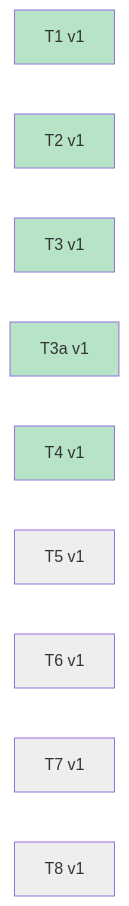
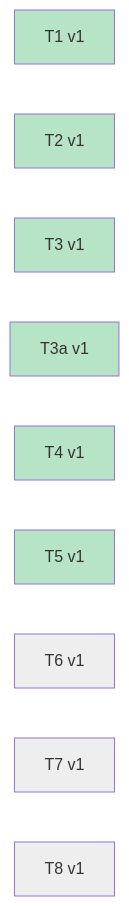
Diagram 51 of 51 in docs/specs/OVERVIEW.md (Curry09/AHE-Beta), drawn with Mermaid before and after one commit. The commit also changed other lines of this file and 3 other files, not shown here.

````diff
--- a/docs/specs/OVERVIEW.md
+++ b/docs/specs/OVERVIEW.md
@@ -1136,23 +1136,23 @@
 ```mermaid
 graph LR
     v_T1_1["T1 v1"]
     v_T2_1["T2 v1"]
     v_T3_1["T3 v1"]
     v_T3a_1["T3a v1"]
     v_T4_1["T4 v1"]
     v_T5_1["T5 v1"]
     v_T6_1["T6 v1"]
     v_T7_1["T7 v1"]
     v_T8_1["T8 v1"]
     classDef st_done fill:#b7e4c7;
     classDef st_pending fill:#eeeeee;
     class v_T1_1 st_done;
     class v_T2_1 st_done;
     class v_T3_1 st_done;
     class v_T3a_1 st_done;
     class v_T4_1 st_done;
-    class v_T5_1 st_pending;
+    class v_T5_1 st_done;
     class v_T6_1 st_pending;
     class v_T7_1 st_pending;
     class v_T8_1 st_pending;
 ```
````
